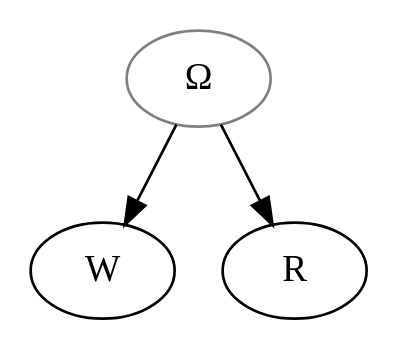
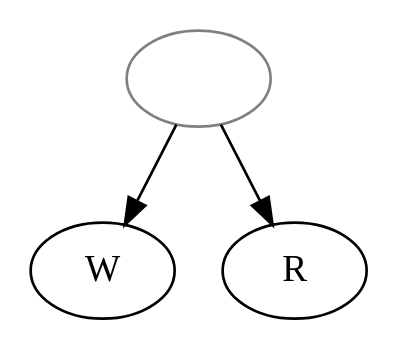
The diagram in data/wlm/Thomson_1968_Owein/stemma.gv (OpenStemmata/database), drawn with Graphviz before and after one commit. The commit also changed 5 other files, not shown here.

```diff
--- a/data/wlm/Thomson_1968_Owein/stemma.gv
+++ b/data/wlm/Thomson_1968_Owein/stemma.gv
@@ -1,5 +1,5 @@
 digraph {
-    omega[label="Ω", color="grey"];
+    omega[label="", color="grey"];
     omega ->W;
     omega ->R;
 }
```
